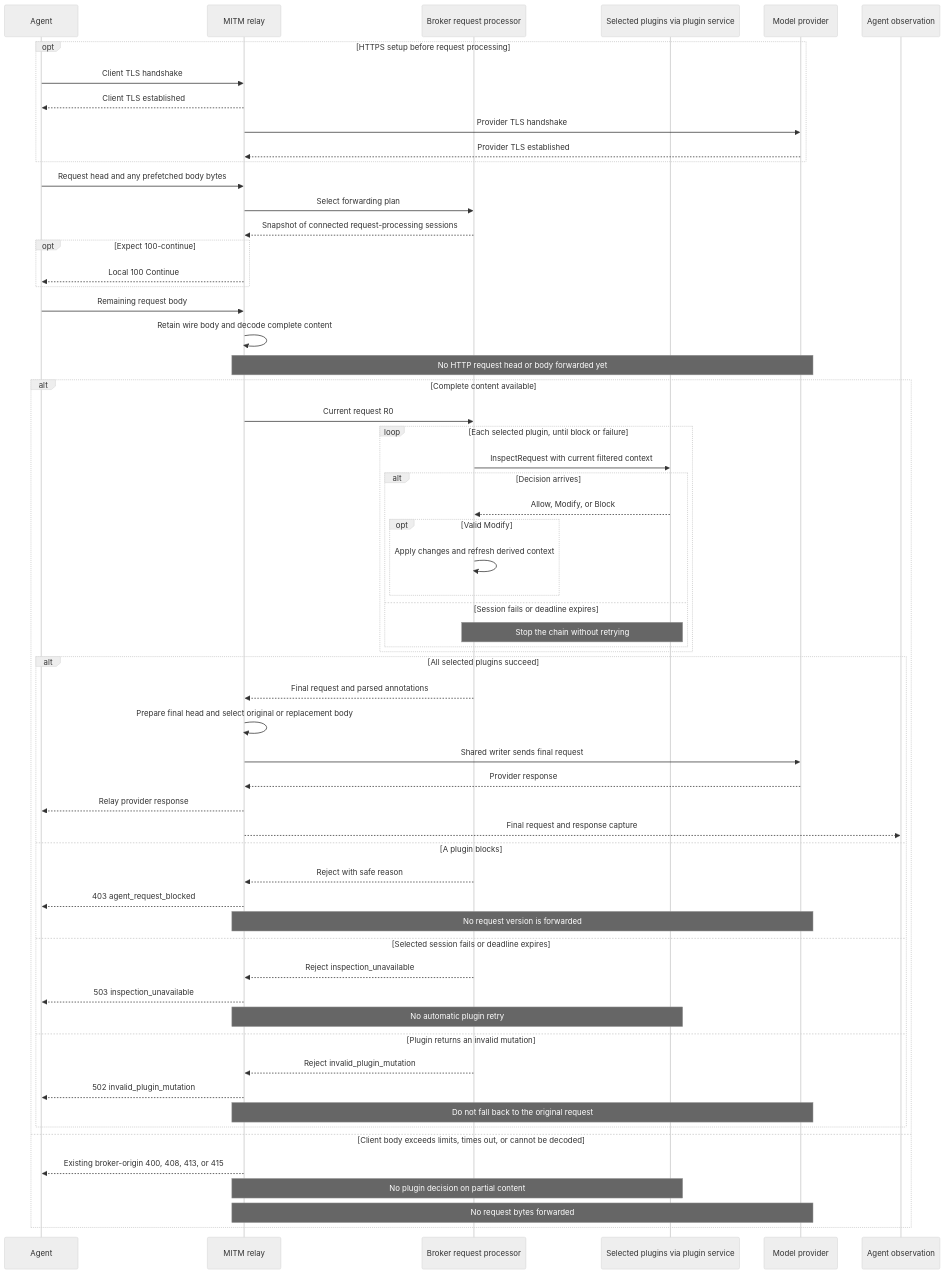
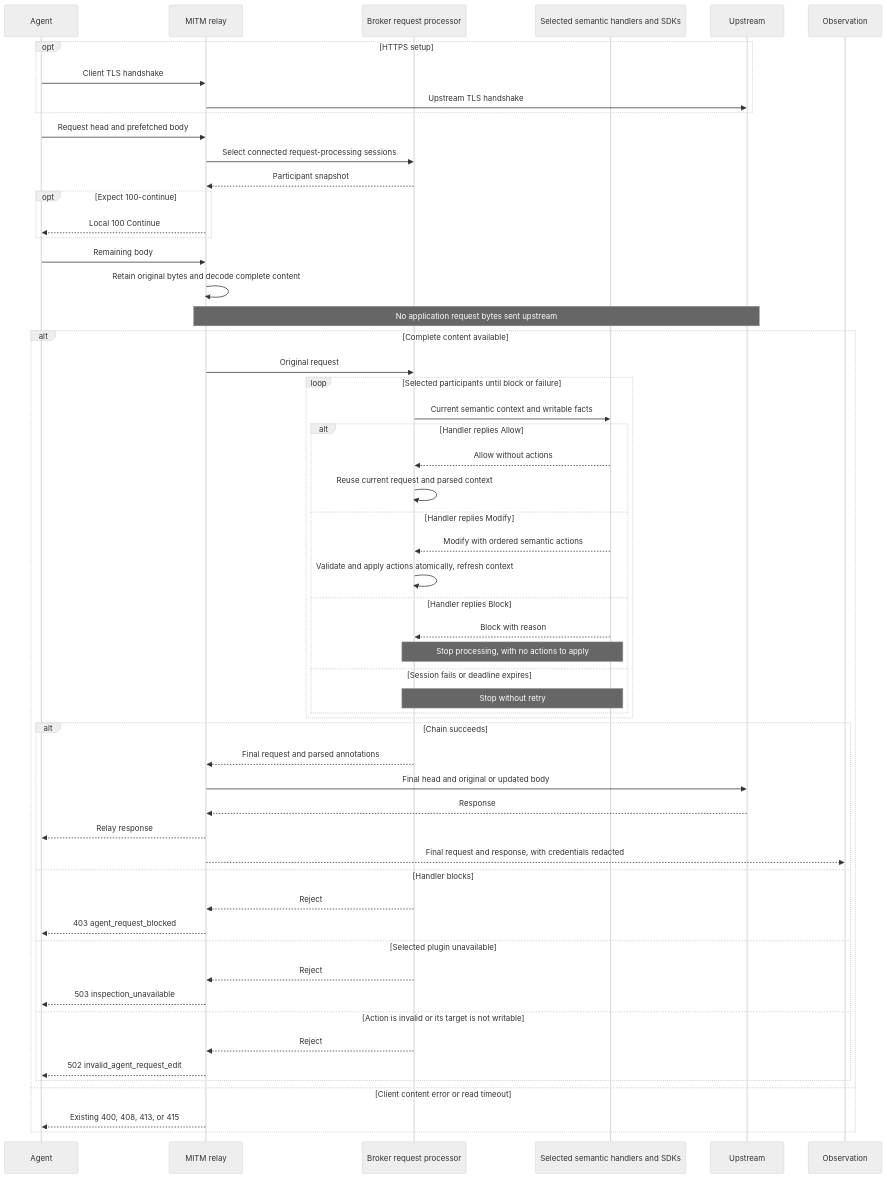
One commit to lexmount/abyss-rs changed the second of 3 diagrams in docs/request-mutation-design.md. Above: the diagram before and after it, drawn with Mermaid (neutral theme). The commit also changed other lines of this file and 1 other file, not shown here.

First line of the commit message:
docs: define semantic request modification actions

````diff
--- a/docs/request-mutation-design.md
+++ b/docs/request-mutation-design.md
@@ -289,62 +435,58 @@
 ```mermaid
 sequenceDiagram
     participant A as Agent
     participant M as MITM relay
     participant B as Broker request processor
-    participant H as Selected plugins via plugin service
-    participant P as Model provider
-    participant O as Agent observation
-    opt HTTPS setup before request processing
+    participant H as Selected semantic handlers and SDKs
+    participant U as Upstream
+    participant O as Observation
+    opt HTTPS setup
         A->>M: Client TLS handshake
-        M-->>A: Client TLS established
-        M->>P: Provider TLS handshake
-        P-->>M: Provider TLS established
+        M->>U: Upstream TLS handshake
     end
-    A->>M: Request head and any prefetched body bytes
-    M->>B: Select forwarding plan
-    B-->>M: Snapshot of connected request-processing sessions
+    A->>M: Request head and prefetched body
+    M->>B: Select connected request-processing sessions
+    B-->>M: Participant snapshot
     opt Expect 100-continue
         M-->>A: Local 100 Continue
     end
-    A->>M: Remaining request body
-    M->>M: Retain wire body and decode complete content
-    Note over M,P: No HTTP request head or body forwarded yet
+    A->>M: Remaining body
+    M->>M: Retain original bytes and decode complete content
+    Note over M,U: No application request bytes sent upstream
     alt Complete content available
-        M->>B: Current request R0
-        loop Each selected plugin, until block or failure
-            B->>H: InspectRequest with current filtered context
-            alt Decision arrives
-                H-->>B: Allow, Modify, or Block
-                opt Valid Modify
-                    B->>B: Apply changes and refresh derived context
-                end
+        M->>B: Original request
+        loop Selected participants until block or failure
+            B->>H: Current semantic context and writable facts
+            alt Handler replies Allow
+                H-->>B: Allow without actions
+                B->>B: Reuse current request and parsed context
+            else Handler replies Modify
+                H-->>B: Modify with ordered semantic actions
+                B->>B: Validate and apply actions atomically, refresh context
+            else Handler replies Block
+                H-->>B: Block with reason
+                Note over B,H: Stop processing, with no actions to apply
             else Session fails or deadline expires
-                Note over B,H: Stop the chain without retrying
+                Note over B,H: Stop without retry
             end
         end
-        alt All selected plugins succeed
+        alt Chain succeeds
             B-->>M: Final request and parsed annotations
-            M->>M: Prepare final head and select original or replacement body
-            M->>P: Shared writer sends final request
-            P-->>M: Provider response
-            M-->>A: Relay provider response
-            M-->>O: Final request and response capture
-        else A plugin blocks
-            B-->>M: Reject with safe reason
+            M->>U: Final head and original or updated body
+            U-->>M: Response
+            M-->>A: Relay response
+            M-->>O: Final request and response, with credentials redacted
+        else Handler blocks
+            B-->>M: Reject
             M-->>A: 403 agent_request_blocked
-            Note over M,P: No request version is forwarded
-        else Selected session fails or deadline expires
-            B-->>M: Reject inspection_unavailable
+        else Selected plugin unavailable
+            B-->>M: Reject
             M-->>A: 503 inspection_unavailable
-            Note over M,H: No automatic plugin retry
-        else Plugin returns an invalid mutation
-            B-->>M: Reject invalid_plugin_mutation
-            M-->>A: 502 invalid_plugin_mutation
-            Note over M,P: Do not fall back to the original request
+        else Action is invalid or its target is not writable
+            B-->>M: Reject
+            M-->>A: 502 invalid_agent_request_edit
         end
-    else Client body exceeds limits, times out, or cannot be decoded
-        M-->>A: Existing broker-origin 400, 408, 413, or 415
-        Note over M,H: No plugin decision on partial content
-        Note over M,P: No request bytes forwarded
+    else Client content error or read timeout
+        M-->>A: Existing 400, 408, 413, or 415
     end
 ```
````
